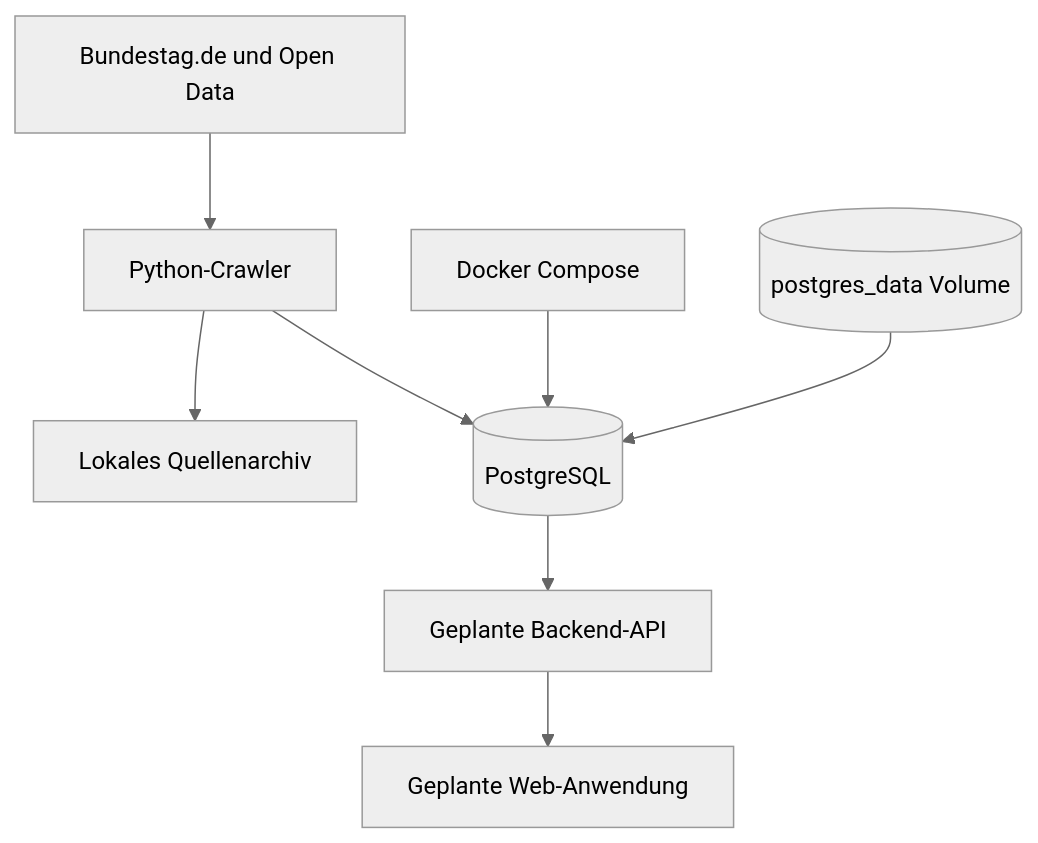
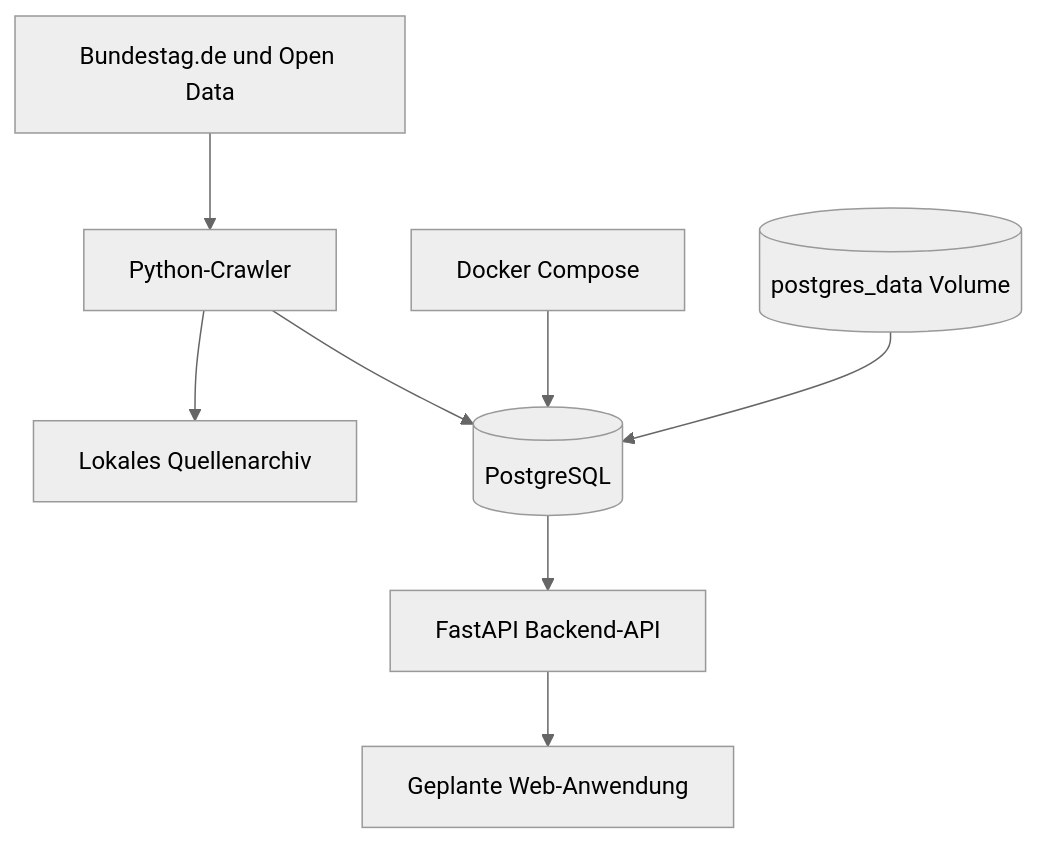
Before and after one commit to NormanPen/Politiklar: the diagram in docs/architecture.md, drawn with Mermaid (neutral theme). The commit also changed other lines of this file and 36 other files, not shown here.

Commit message:
feat: implement FastAPI application structure with health, speeches, members, sources, and votes routers

````diff
--- a/docs/architecture.md
+++ b/docs/architecture.md
@@ -3,10 +3,10 @@
 ```mermaid
 flowchart TB
     Bundestag[Bundestag.de und Open Data] --> Crawler[Python-Crawler]
     Crawler --> Archive[Lokales Quellenarchiv]
     Crawler --> Database[(PostgreSQL)]
-    Database --> FutureAPI[Geplante Backend-API]
-    FutureAPI --> FutureWeb[Geplante Web-Anwendung]
+    Database --> API[FastAPI Backend-API]
+    API --> FutureWeb[Geplante Web-Anwendung]
     Docker[Docker Compose] --> Database
     Volume[(postgres_data Volume)] --> Database
 ```
````
